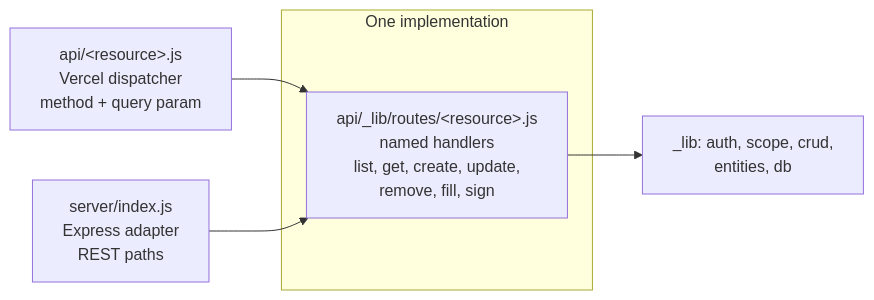
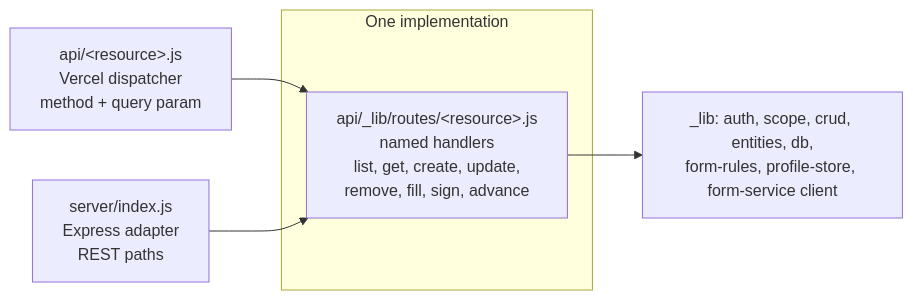
One commit to LARi-UQAC/ResearchTools changed the third of 11 diagrams in NEW_ARCHITECTURE.md. Above: the diagram before and after it, drawn with Mermaid. The commit also changed other lines of this file, not shown here.

First line of the commit message:
docs: per-form workflow rules, and the corrected repository boundary

````diff
--- a/NEW_ARCHITECTURE.md
+++ b/NEW_ARCHITECTURE.md
@@ -154,9 +181,9 @@
 ```mermaid
 flowchart LR
   subgraph ONE["One implementation"]
-    R["api/_lib/routes/&lt;resource&gt;.js<br/>named handlers<br/>list, get, create, update,<br/>remove, fill, sign"]
+    R["api/_lib/routes/&lt;resource&gt;.js<br/>named handlers<br/>list, get, create, update,<br/>remove, fill, sign, advance"]
   end
   V["api/&lt;resource&gt;.js<br/>Vercel dispatcher<br/>method + query param"] --> R
   E["server/index.js<br/>Express adapter<br/>REST paths"] --> R
-  R --> L["_lib: auth, scope, crud,<br/>entities, db"]
+  R --> L["_lib: auth, scope, crud, entities, db,<br/>form-rules, profile-store, form-service client"]
 ```
````
